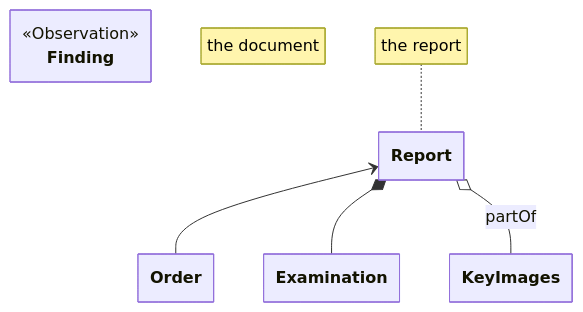
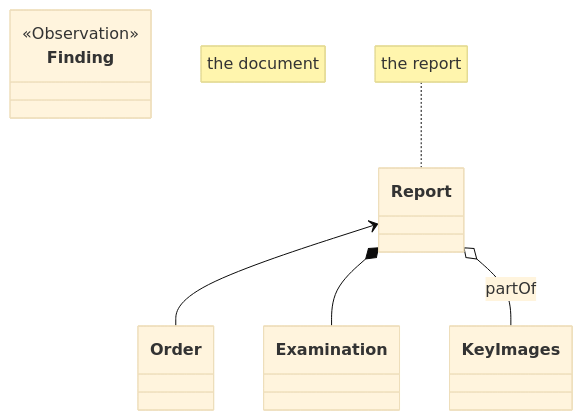
One commit to chgessner/chg-hl7-eu-imaging changed the first of 6 diagrams in input/pagecontent/design-consideration-procedure-phases.md. Above: the diagram before and after it, drawn with Mermaid.

````diff
--- a/input/pagecontent/design-consideration-procedure-phases.md
+++ b/input/pagecontent/design-consideration-procedure-phases.md
@@ -6,22 +6,27 @@
 ```mermaid
----
-  config:
-    class:
-      hideEmptyMembersBox: true
----
+%%{
+  init: {
+    'theme': 'base',
+    'themeVariables': {
+      'primaryColor': '#fff4dd'
+    }
+  }
+}%%
+
+
 classDiagram
   direction DT
   note "the document"
   note for Report "the report"
 
   class Key Images
   class Finding { <<Observation>>}
   class Report
   class Examination
   
   Report <-- Order
   Report *-- Examination
   Report o-- Key Images: partOf
   
   
 ```
````
